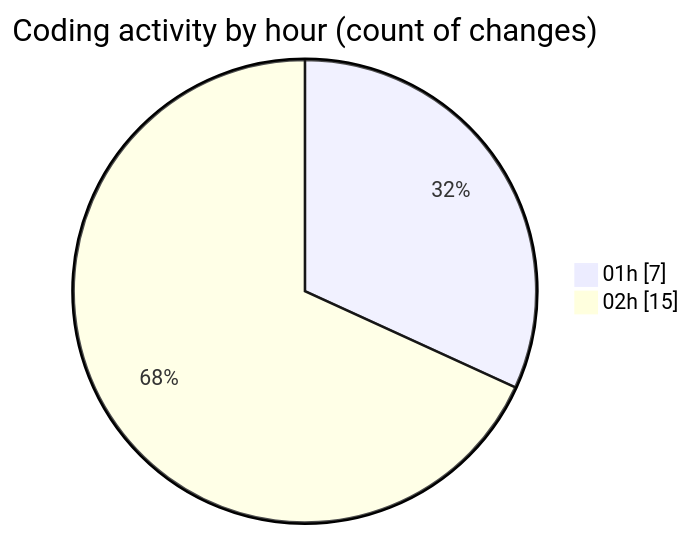
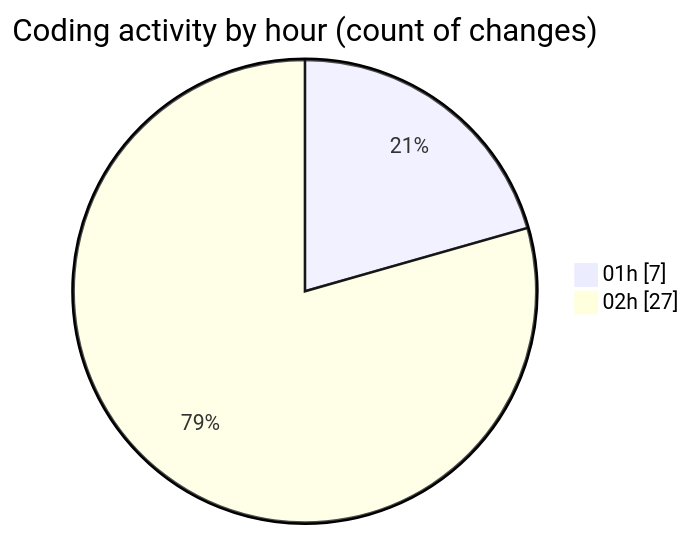
The second of 2 diagrams in 2025-01-24/projects/README.md (Ritupan-Deka/code-tracking), drawn with Mermaid before and after one commit. The commit also changed other lines of this file and 1 other file, not shown here.

````diff
--- a/2025-01-24/projects/README.md
+++ b/2025-01-24/projects/README.md
@@ -39,6 +39,6 @@
 ```mermaid
 pie showData
 title Coding activity by hour (count of changes)
 "01h" : 7
-"02h" : 15
+"02h" : 27
 ```
````
